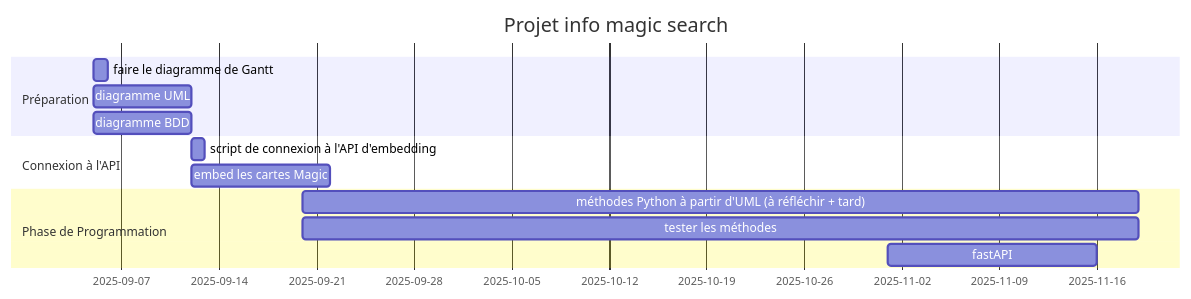
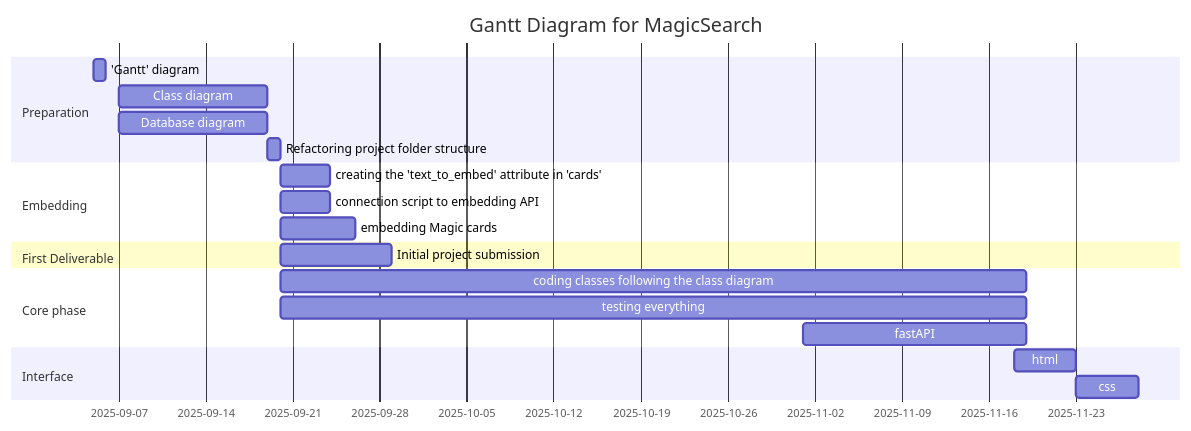
The diagram in doc/diagrams/gantt_diagram.md (projet-info-2A-ensai-grp4/MagicSearch-2A), drawn with Mermaid before and after one commit.

Commit message:
update gantt diagram

````diff
--- a/doc/diagrams/gantt_diagram.md
+++ b/doc/diagrams/gantt_diagram.md
@@ -3,17 +1,27 @@
 ```mermaid
 gantt
-    title Projet info magic search
+    title Gantt Diagram for MagicSearch
     dateFormat DD-MM-YYYY
-    section Préparation
-        faire le diagramme de Gantt : a0, 05-09-2025,1d
-        diagramme UML        :a1, 05-09-2025, 7d
-        diagramme BDD        :a2, 05-09-2025, 7d
-    section Connexion à l'API
-        script de connexion à l'API d'embedding : b1, 12-09-2025,1d
-        embed les cartes Magic: b1, 12-09-2025, 10d
-    section Phase de Programmation
-        méthodes Python à partir d'UML (à réfléchir + tard): c0, 20-09-2025, 60d
-        tester les méthodes : c1, 20-09-2025, 60d
-        fastAPI: c2, 01-11-2025, 15d
+    section Preparation
+        'Gantt' diagram : a0, 05-09-2025, 1d
+        Class diagram : a1, 07-09-2025, 12d
+        Database diagram : a3, 07-09-2025, 12d
+        Refactoring project folder structure : a4, 19-09-2025, 1d
+        
+    section Embedding
+        creating the 'text_to_embed' attribute in 'cards' : b1, 20-09-2025, 4d
+        connection script to embedding API : b2, 20-09-2025, 4d
+        embedding Magic cards : b3, 20-09-2025, 6d
 
+    section First Deliverable
+        Initial project submission : c0, 20-09-2025, 9d
+
+    section Core phase
+        coding classes following the class diagram: d0, 20-09-2025, 60d
+        testing everything: d1, 20-09-2025, 60d
+        fastAPI: d2, 01-11-2025, 18d
+    
+    section Interface
+        html : e0, 18-11-2025, 5d
+        css : e1, 23-11-2025, 5d
 ```
````
